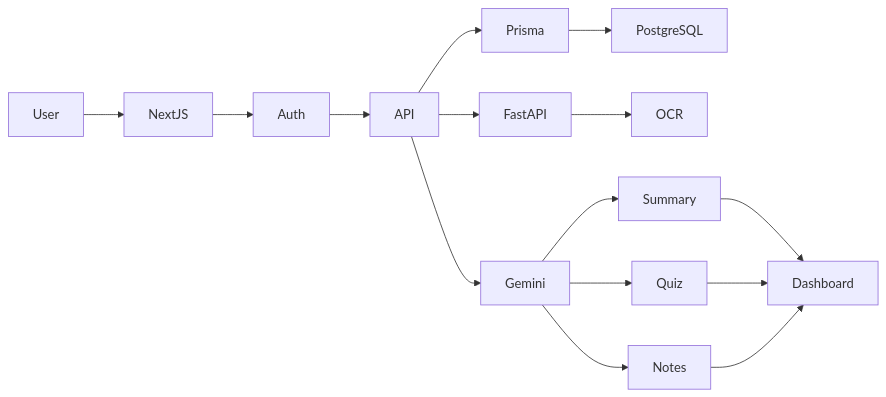
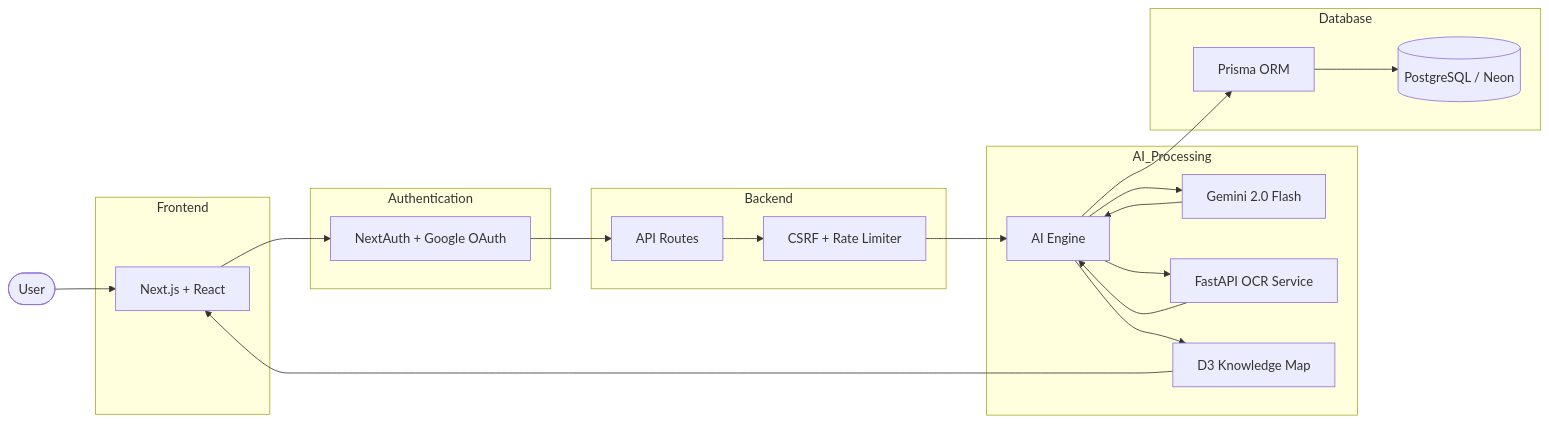
The first of 2 diagrams in README.md (yash-008-dev/yash-008-dev), drawn with Mermaid before and after one commit. The commit also changed other lines of this file, not shown here.

````diff
--- a/README.md
+++ b/README.md
@@ -30,21 +37,48 @@
 ```mermaid
 flowchart LR
 
-User --> NextJS
-NextJS --> Auth
+User([User])
+
+subgraph Frontend
+    FE[Next.js + React]
+end
+
+subgraph Authentication
+    Auth[NextAuth + Google OAuth]
+end
+
+subgraph Backend
+    API[API Routes]
+    Security[CSRF + Rate Limiter]
+end
+
+subgraph AI_Processing
+    Engine[AI Engine]
+    Gemini[Gemini 2.0 Flash]
+    FastAPI[FastAPI OCR Service]
+    D3[D3 Knowledge Map]
+end
+
+subgraph Database
+    Prisma[Prisma ORM]
+    DB[(PostgreSQL / Neon)]
+end
+
+User --> FE
+FE --> Auth
 Auth --> API
-API --> Prisma
-Prisma --> PostgreSQL
+API --> Security
+Security --> Engine
 
-API --> FastAPI
-FastAPI --> OCR
+Engine --> Gemini
+Engine --> FastAPI
+Engine --> Prisma
 
-API --> Gemini
-Gemini --> Summary
-Gemini --> Quiz
-Gemini --> Notes
+Prisma --> DB
 
-Summary --> Dashboard
-Quiz --> Dashboard
-Notes --> Dashboard
+Gemini --> Engine
+FastAPI --> Engine
+
+Engine --> D3
+D3 --> FE
 ```
````
